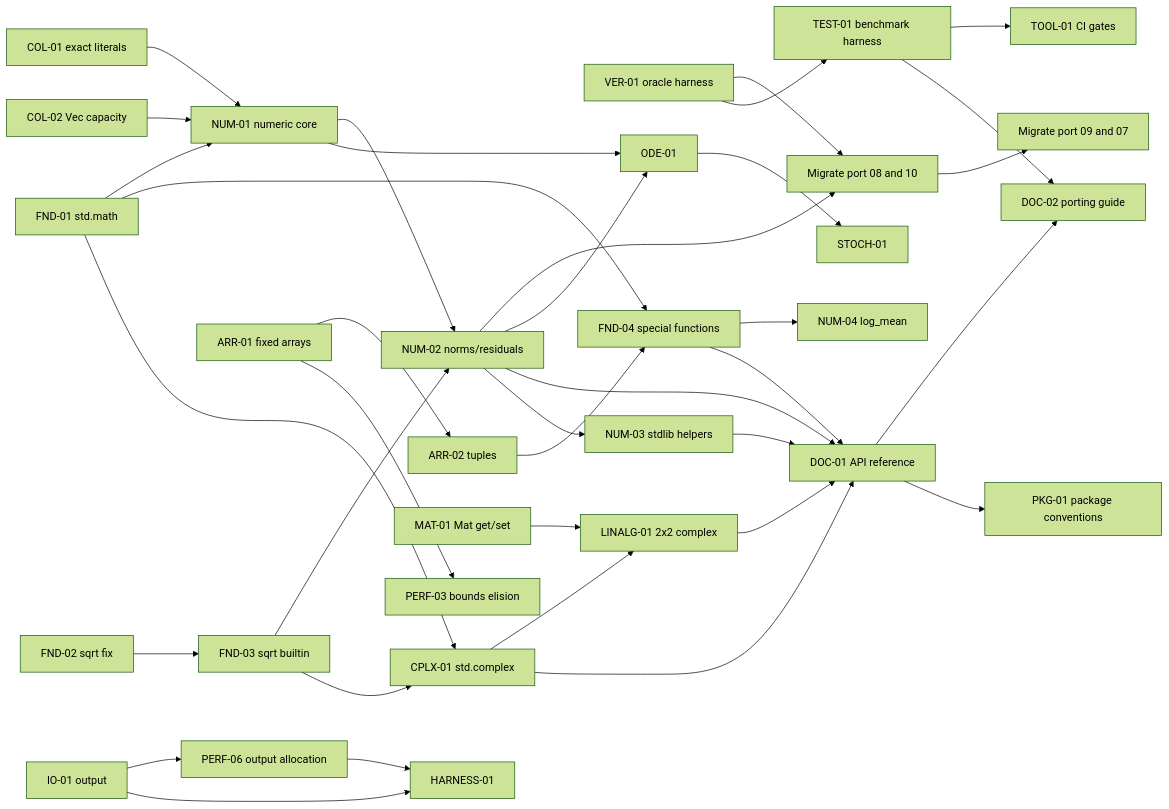
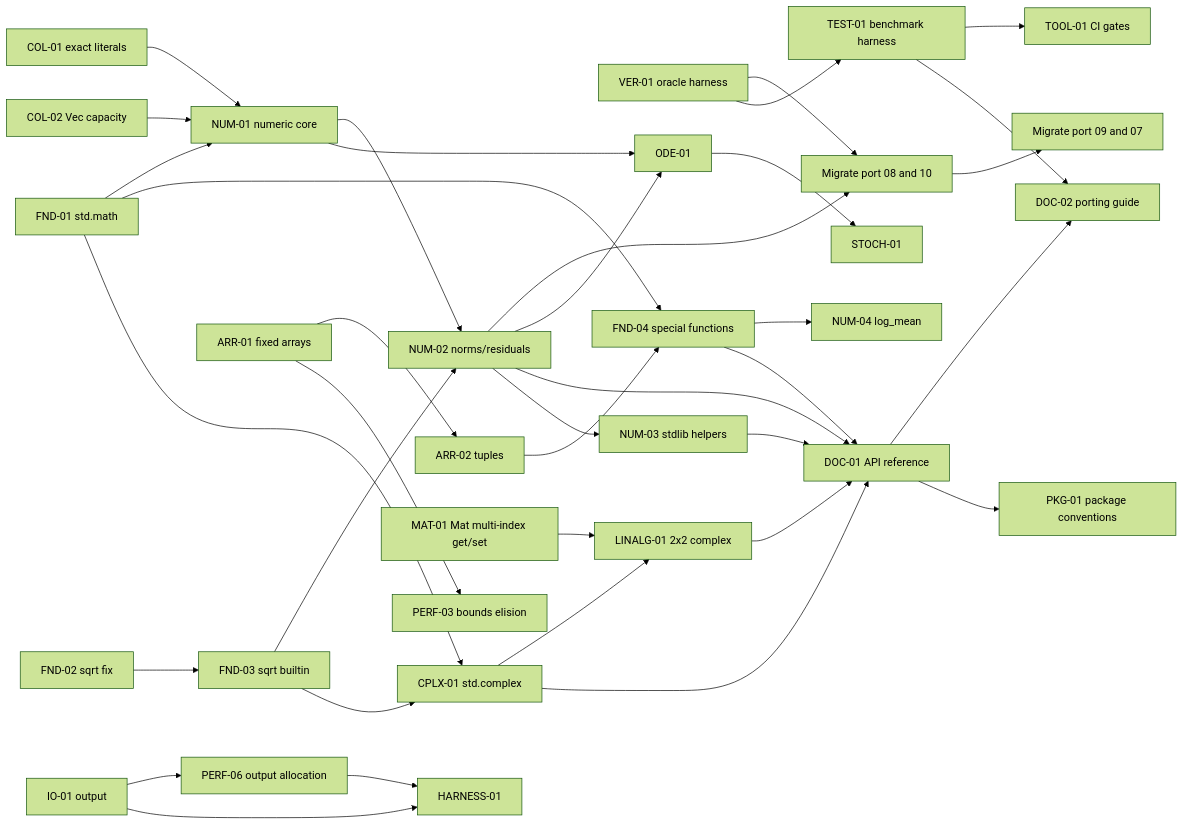
Before and after one commit to Kenneth-Cho-InfoSec/Valvet: the diagram in docs/library_ecosystem_roadmap/05_implementation_roadmap.md, drawn with Mermaid (forest theme). The commit also changed other lines of this file and 370 other files, not shown here.

````diff
--- a/docs/library_ecosystem_roadmap/05_implementation_roadmap.md
+++ b/docs/library_ecosystem_roadmap/05_implementation_roadmap.md
@@ -310,40 +313,40 @@
 ```mermaid
 flowchart LR
   F1[FND-01 std.math]
   F2[FND-02 sqrt fix] --> F3[FND-03 sqrt builtin]
   F1 --> N1[NUM-01 numeric core]
   C1[COL-01 exact literals] --> N1
   C2[COL-02 Vec capacity] --> N1
   N1 --> N2[NUM-02 norms/residuals]
   F3 --> N2
   V1[VER-01 oracle harness]
   N2 --> MIG1[Migrate port 08 and 10]
   V1 --> MIG1
   MIG1 --> MIG2[Migrate port 09 and 07]
   F1 --> F4[FND-04 special functions]
   F1 --> CPLX[CPLX-01 std.complex]
   F3 --> CPLX
   CPLX --> LA[LINALG-01 2x2 complex]
   A1[ARR-01 fixed arrays] --> A2[ARR-02 tuples]
   A2 --> F4
   A1 --> P3[PERF-03 bounds elision]
-  MAT[MAT-01 Mat get/set] --> LA
+  MAT[MAT-01 Mat multi-index get/set] --> LA
   IO[IO-01 output] --> P6[PERF-06 output allocation]
   IO --> H1[HARNESS-01]
   P6 --> H1
   N1 --> O1[ODE-01]
   N2 --> O1
   O1 --> S1[STOCH-01]
   F4 --> N4[NUM-04 log_mean]
   F4 --> DOC
   T1[TEST-01 benchmark harness] --> TOOL[TOOL-01 CI gates]
   V1 --> T1
   N2 --> DOC[DOC-01 API reference]
   N2 --> N3[NUM-03 stdlib helpers]
   N3 --> DOC
   CPLX --> DOC
   LA --> DOC
   DOC --> D2[DOC-02 porting guide]
   T1 --> D2
   DOC --> PKG[PKG-01 package conventions]
 ```
````
